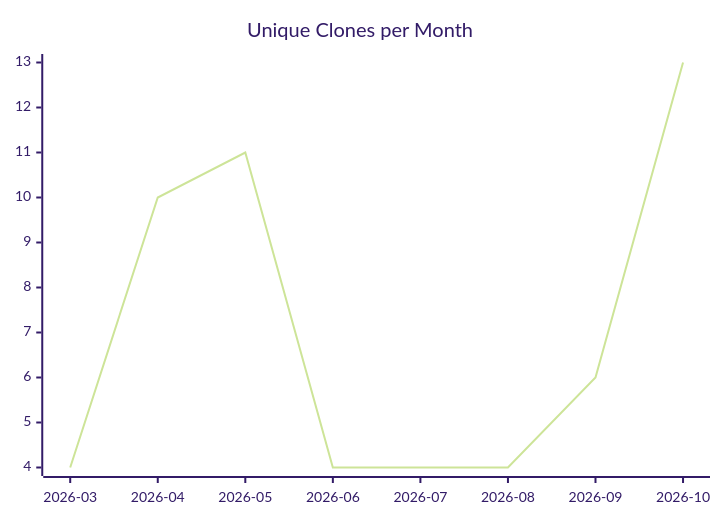
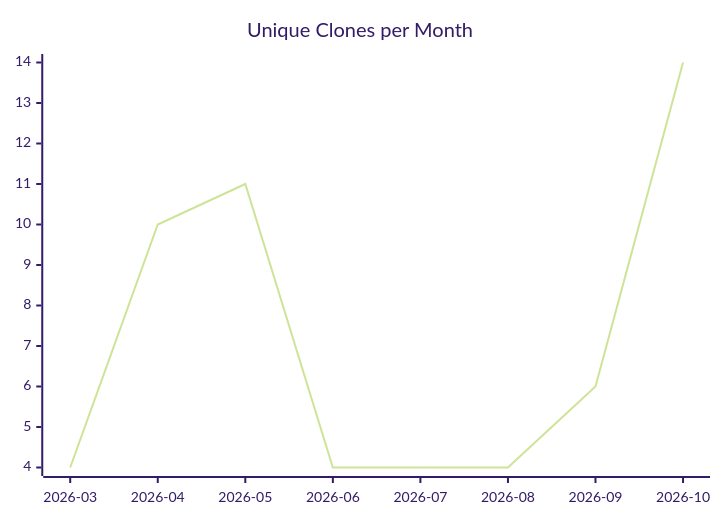
The third of 3 diagrams in karlmdavis/workstation-base-ansible-role/README.md (justdavis-family/github-analytics-data), drawn with Mermaid (forest theme) before and after one commit. The commit also changed other lines of this file and 200 other files, not shown here.

````diff
--- a/karlmdavis/workstation-base-ansible-role/README.md
+++ b/karlmdavis/workstation-base-ansible-role/README.md
@@ -19,6 +19,6 @@
 ```mermaid
 xychart-beta
   title "Unique Clones per Month"
   x-axis ["2026-03", "2026-04", "2026-05", "2026-06", "2026-07", "2026-08", "2026-09", "2026-10"]
-  line [4, 10, 11, 4, 4, 4, 6, 13]
+  line [4, 10, 11, 4, 4, 4, 6, 14]
 ```
````
